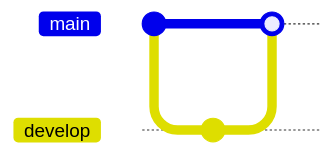
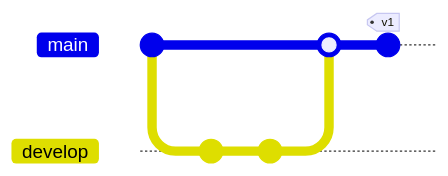
One commit to shuheykoyama/inkdrop-themes-for-obsidian changed diagram 11 of 24 in tests/fixtures/vault/Mermaid.md. Above: the diagram before and after it, drawn with Mermaid. The commit also changed other lines of this file and 17 other files, not shown here. Commit ids are hidden.

First line of the commit message:
feat(mermaid): give every diagram type Inkdrop's colours

````diff
--- a/tests/fixtures/vault/Mermaid.md
+++ b/tests/fixtures/vault/Mermaid.md
@@ -120,8 +157,11 @@
 ```mermaid
 gitGraph
-  commit
+  commit id: "A"
   branch develop
-  commit
+  checkout develop
+  commit id: "B"
+  commit id: "C"
   checkout main
-  merge develop
+  merge develop id: "M"
+  commit id: "D" tag: "v1"
 ```
````
